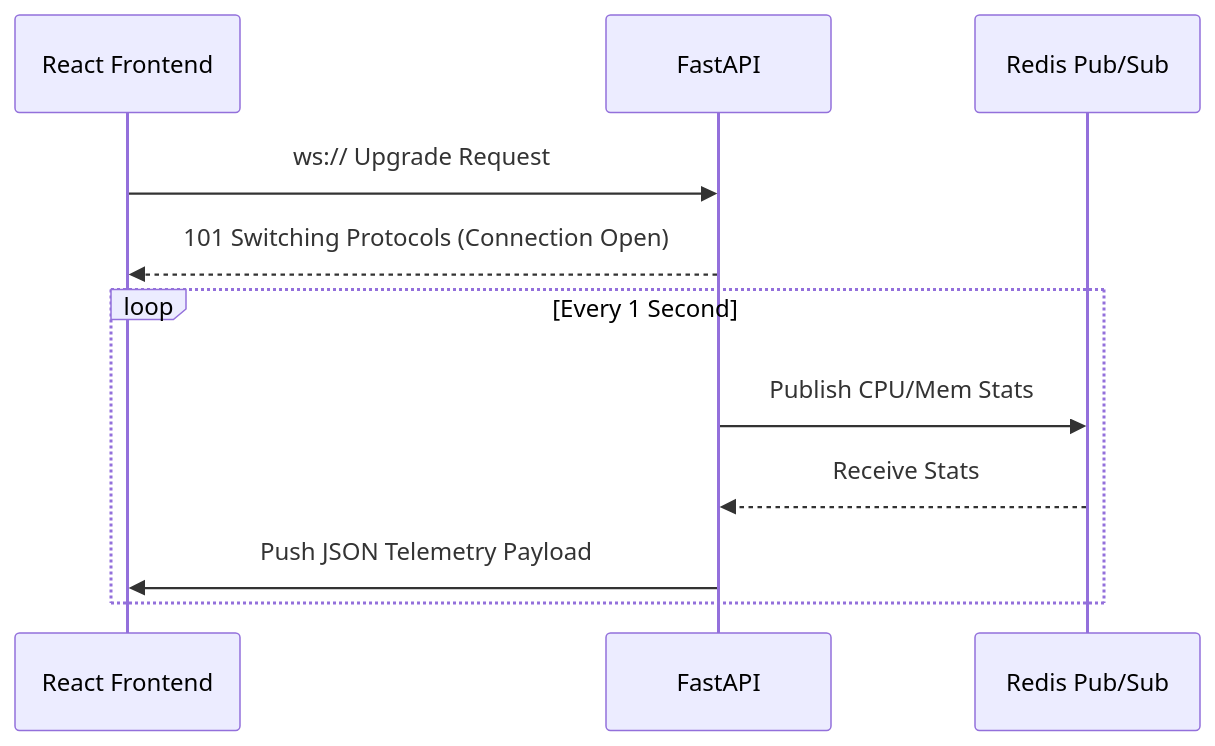
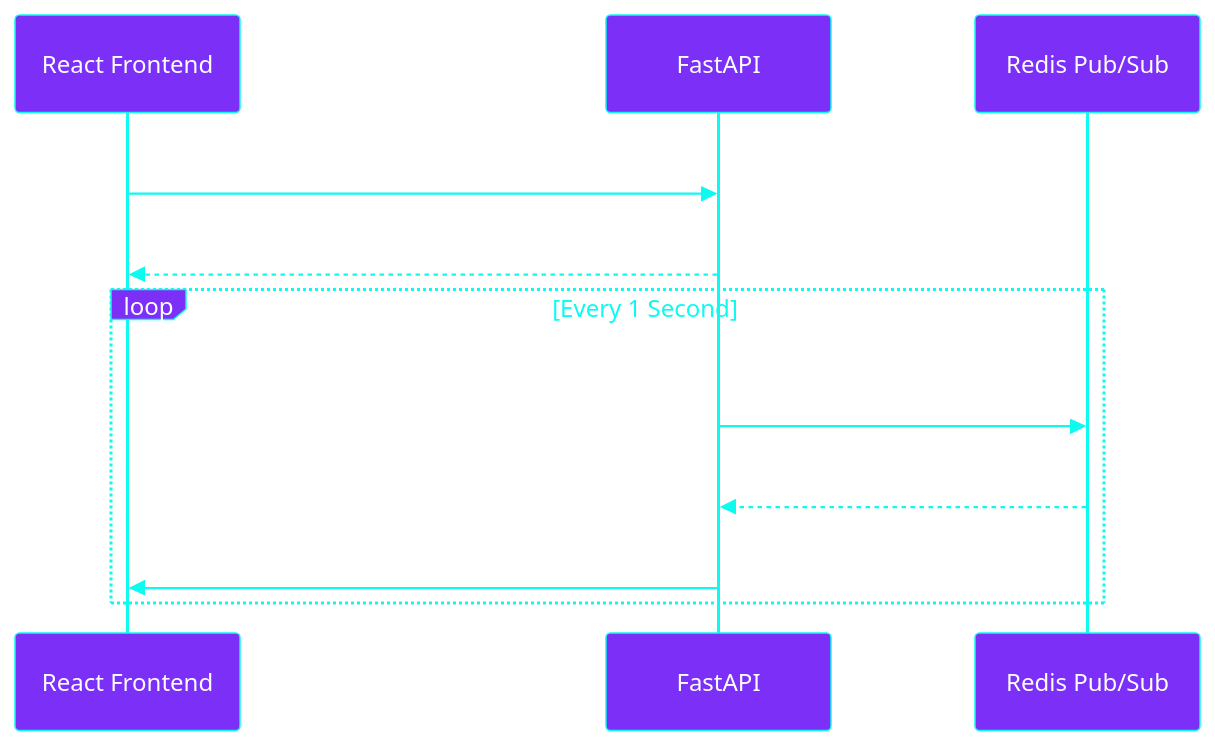
The second of 4 diagrams in docs/presentation/Cloud_Sentinel_Architecture_Presentation.md (charan21042005/cloud-sentinel-platform), drawn with Mermaid before and after one commit. The commit also changed other lines of this file, not shown here.

Commit message:
docs(presentation): apply custom theme and branding to all mermaid diagrams

````diff
--- a/docs/presentation/Cloud_Sentinel_Architecture_Presentation.md
+++ b/docs/presentation/Cloud_Sentinel_Architecture_Presentation.md
@@ -145,14 +146,15 @@
 ```mermaid
+%%{init: {'theme': 'base', 'themeVariables': { 'actorBkg': '#7b2ff7', 'actorBorder': '#0dfaf0', 'actorTextColor': '#ffffff', 'signalColor': '#0dfaf0', 'signalTextColor': '#ffffff', 'loopTextColor': '#0dfaf0' }}}%%
 sequenceDiagram
     participant UI as React Frontend
     participant API as FastAPI
     participant Redis as Redis Pub/Sub
     
     UI->>API: ws:// Upgrade Request
     API-->>UI: 101 Switching Protocols (Connection Open)
     loop Every 1 Second
         API->>Redis: Publish CPU/Mem Stats
         Redis-->>API: Receive Stats
         API->>UI: Push JSON Telemetry Payload
     end
 ```
````
